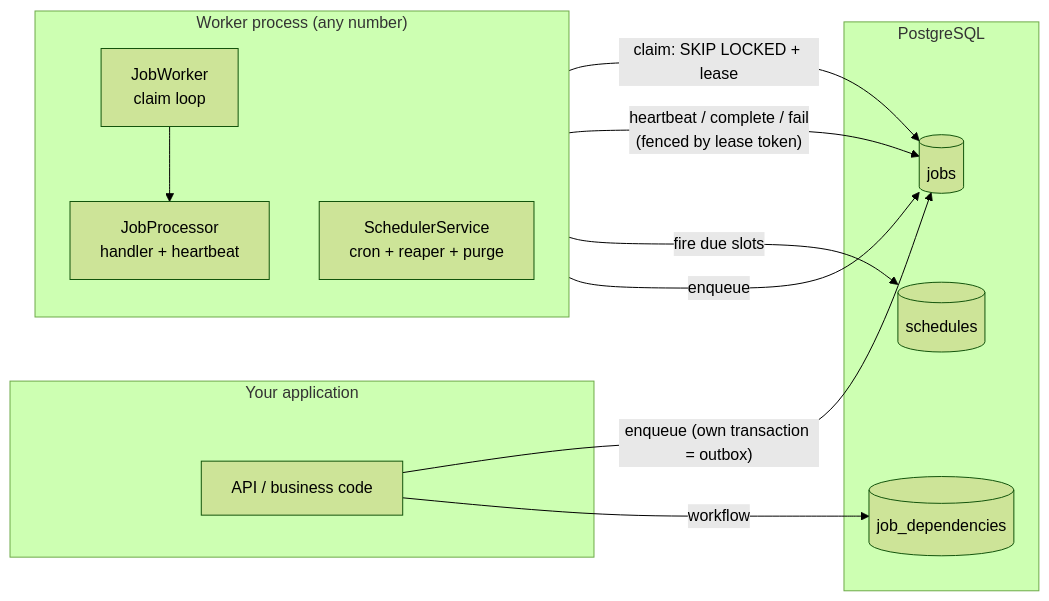
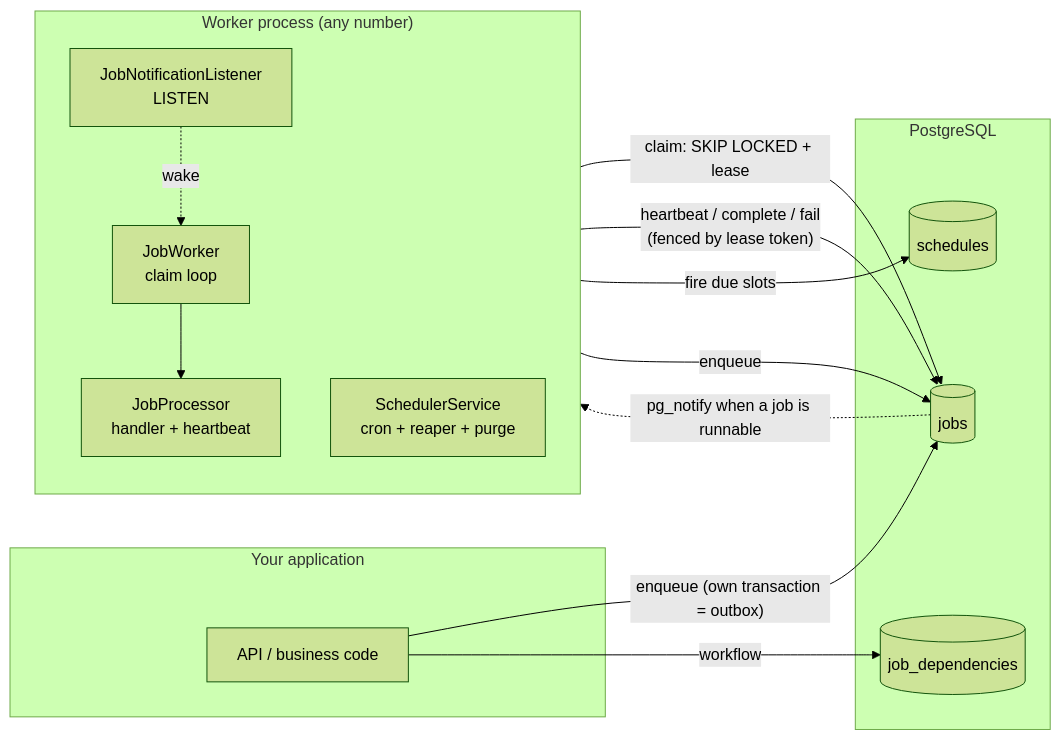
One commit to melvinbagnes/durable-job-engine changed the first of 2 diagrams in README.md. Above: the diagram before and after it, drawn with Mermaid (forest theme). The commit also changed other lines of this file and 1 other file, not shown here.

````diff
--- a/README.md
+++ b/README.md
@@ -24,25 +26,27 @@
 ```mermaid
 flowchart LR
     subgraph app["Your application"]
         API["API / business code"]
     end
 
     subgraph pg["PostgreSQL"]
         J[("jobs")]
         D[("job_dependencies")]
         S[("schedules")]
     end
 
     subgraph w["Worker process (any number)"]
         direction TB
         W["JobWorker<br/>claim loop"] --> P["JobProcessor<br/>handler + heartbeat"]
+        N["JobNotificationListener<br/>LISTEN"] -. "wake" .-> W
         SC["SchedulerService<br/>cron + reaper + purge"]
     end
 
     API -- "enqueue (own transaction = outbox)" --> J
     API -- "workflow" --> D
+    J -. "pg_notify when a job is runnable" .-> N
     W -- "claim: SKIP LOCKED + lease" --> J
     P -- "heartbeat / complete / fail<br/>(fenced by lease token)" --> J
     SC -- "fire due slots" --> S
     SC -- "enqueue" --> J
 ```
````
